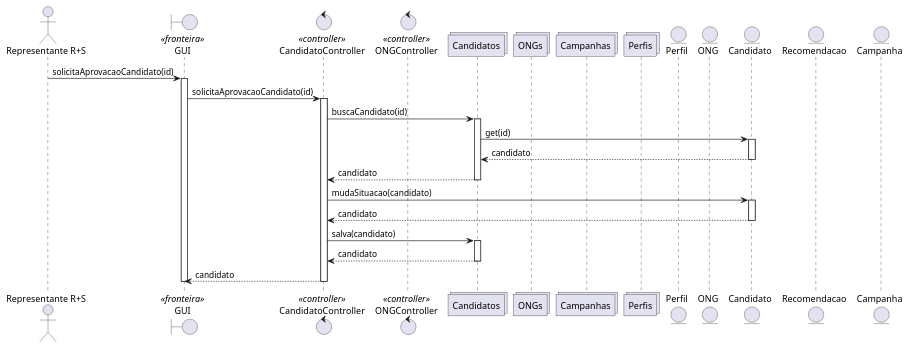
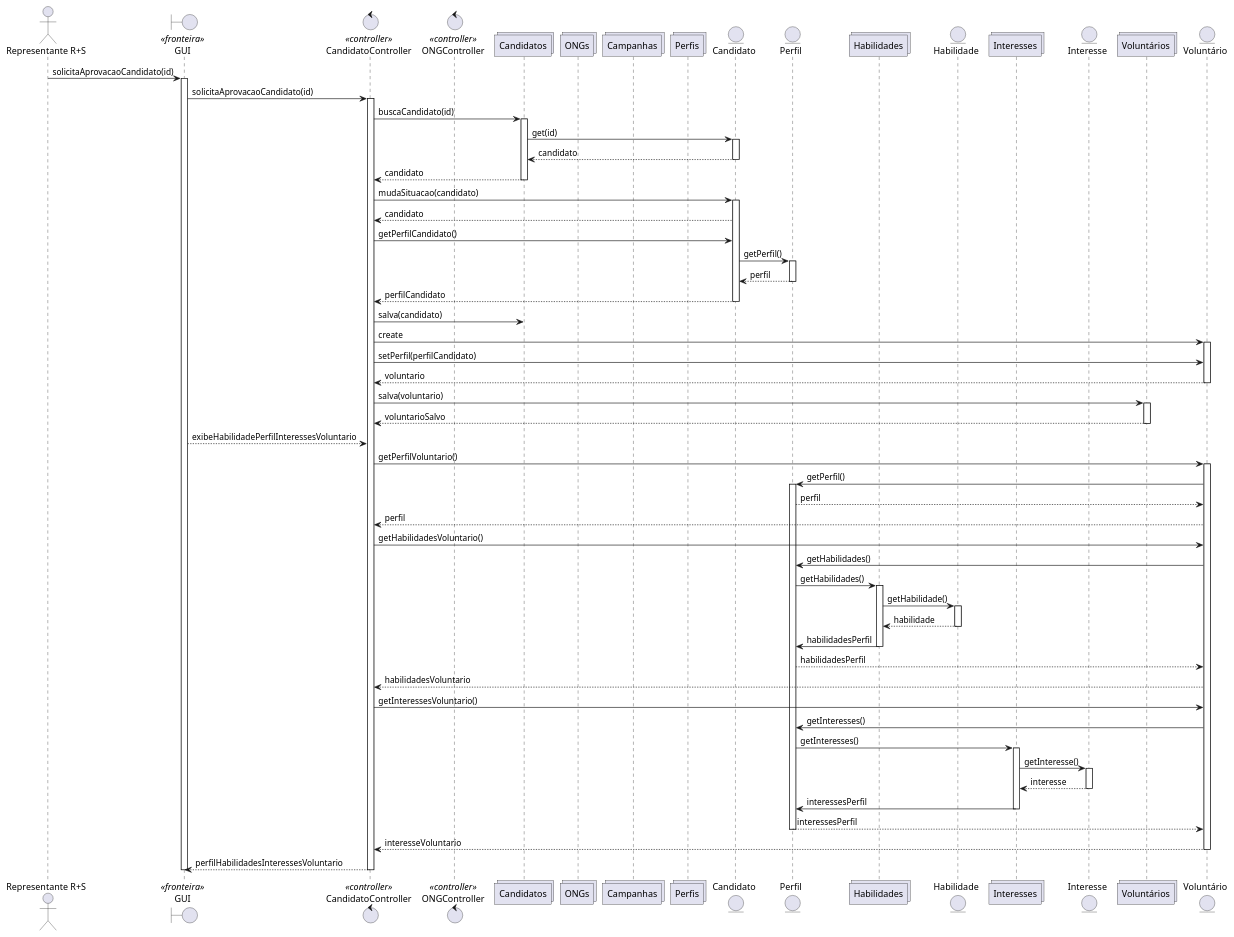
The diagram in diagrama-sequencia/uc003/fluxo-principal/fluxo-principal-2.puml (guisgiacomini/redeMaisSocialProjetoSoftware), drawn with PlantUML before and after one commit. The commit also changed 1 other file, not shown here.

Commit message:
Diagrama de sequência UC003 Parcial.

```diff
--- a/diagrama-sequencia/uc003/fluxo-principal/fluxo-principal-2.puml
+++ b/diagrama-sequencia/uc003/fluxo-principal/fluxo-principal-2.puml
@@ -1,48 +1,118 @@
 @startuml
 actor "Representante R+S" as representante
 boundary "GUI" as gui <<fronteira>>
 control "CandidatoController" as candidatoController <<controller>>
 control "ONGController" as ongController<<controller>>
 
 collections "Candidatos" as candidatos
 collections "ONGs" as ongs
 collections "Campanhas" as campanhas
 collections "Perfis" as perfis
 
+
+
+entity "Candidato" as candidato
 entity "Perfil" as perfil
-entity "ONG" as ong
-entity "Candidato" as candidato
-entity "Recomendacao" as recomendacao
-entity "Campanha" as campanha
+
+
+collections "Habilidades" as habilidades
+entity "Habilidade" as habilidade
+
+collections "Interesses" as interesses
+entity "Interesse" as interesse
+
+
+collections "Voluntários" as voluntarios
+entity "Voluntário" as voluntario
 
 representante -> gui: solicitaAprovacaoCandidato(id)
 activate gui
     gui -> candidatoController: solicitaAprovacaoCandidato(id)
     activate candidatoController
         candidatoController -> candidatos: buscaCandidato(id)
         activate candidatos
             
             candidatos -> candidato: get(id)
             activate candidato
                 candidato --> candidatos: candidato
             deactivate candidato
 
         candidatos --> candidatoController: candidato
         deactivate candidatos
 
         candidatoController -> candidato: mudaSituacao(candidato)
         activate candidato
             candidato --> candidatoController: candidato
+            candidatoController -> candidato: getPerfilCandidato()
+            candidato -> perfil: getPerfil()
+            activate perfil
+                perfil --> candidato: perfil
+            deactivate perfil
+            candidato --> candidatoController: perfilCandidato
         deactivate candidato
 
         candidatoController -> candidatos: salva(candidato)
+        candidatoController -> voluntario: create
+        activate voluntario
+        
+        candidatoController -> voluntario: setPerfil(perfilCandidato)
+        voluntario --> candidatoController: voluntario
+        deactivate voluntario
+        
+        candidatoController -> voluntarios: salva(voluntario)
+        activate voluntarios
+            voluntarios --> candidatoController: voluntarioSalvo
+        deactivate voluntarios
 
-        activate candidatos
-            candidatos--> candidatoController: candidato
-        deactivate candidatos
+        
 
-    candidatoController --> gui: candidato
+
+        
+
+
+
+
+
+
+        gui --> candidatoController: exibeHabilidadePerfilInteressesVoluntario
+        candidatoController -> voluntario: getPerfilVoluntario()
+        activate voluntario
+
+            voluntario -> perfil: getPerfil()
+            activate perfil
+            perfil --> voluntario: perfil
+        voluntario --> candidatoController: perfil
+        candidatoController -> voluntario: getHabilidadesVoluntario() 
+            voluntario -> perfil: getHabilidades()
+
+                perfil -> habilidades: getHabilidades()
+                activate habilidades
+                    habilidades -> habilidade: getHabilidade()
+                    activate habilidade
+                        habilidade --> habilidades: habilidade
+                    deactivate habilidade
+                    habilidades -> perfil: habilidadesPerfil
+                deactivate habilidades
+                perfil --> voluntario: habilidadesPerfil
+            voluntario --> candidatoController: habilidadesVoluntario
+        candidatoController -> voluntario: getInteressesVoluntario()
+            voluntario -> perfil: getInteresses()
+            perfil -> interesses: getInteresses()
+                activate interesses
+                    interesses -> interesse: getInteresse()
+                    activate interesse
+                        interesse --> interesses: interesse
+                    deactivate interesse
+                    interesses -> perfil: interessesPerfil
+                deactivate interesses
+            perfil --> voluntario: interessesPerfil
+            deactivate perfil
+            voluntario --> candidatoController: interesseVoluntario
+            deactivate voluntario
+        
+
+    candidatoController --> gui: perfilHabilidadesInteressesVoluntario
     deactivate candidatoController
 deactivate gui
 
 @enduml
```
